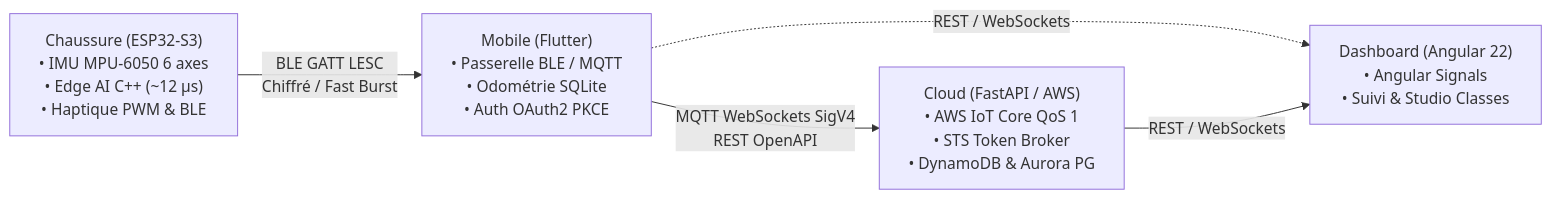
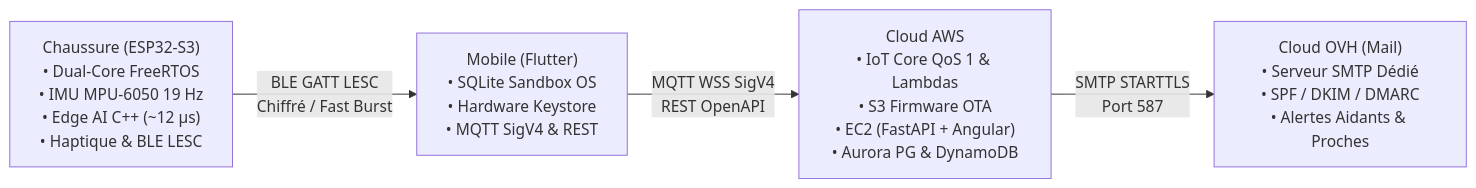
The diagram in docs/presentation/presentation_healthkicks.md (daverck/health-kicks-ecosystem), drawn with Mermaid before and after one commit. The commit also changed other lines of this file and 2 other files, not shown here.

````diff
--- a/docs/presentation/presentation_healthkicks.md
+++ b/docs/presentation/presentation_healthkicks.md
@@ -58,7 +111,6 @@
 ```mermaid
 flowchart LR
-    A["Chaussure (ESP32-S3)<br/>• IMU MPU-6050 6 axes<br/>• Edge AI C++ (~12 µs)<br/>• Haptique PWM & BLE"] -->|BLE GATT LESC<br/>Chiffré / Fast Burst| B["Mobile (Flutter)<br/>• Passerelle BLE / MQTT<br/>• Odométrie SQLite<br/>• Auth OAuth2 PKCE"]
-    B -->|MQTT WebSockets SigV4<br/>REST OpenAPI| C["Cloud (FastAPI / AWS)<br/>• AWS IoT Core QoS 1<br/>• STS Token Broker<br/>• DynamoDB & Aurora PG"]
-    B -.->|REST / WebSockets| D["Dashboard (Angular 22)<br/>• Angular Signals<br/>• Suivi & Studio Classes"]
-    C -->|REST / WebSockets| D
+    A["Chaussure (ESP32-S3)<br/>• Dual-Core FreeRTOS<br/>• IMU MPU-6050 19 Hz<br/>• Edge AI C++ (~12 µs)<br/>• Haptique & BLE LESC"] -->|BLE GATT LESC<br/>Chiffré / Fast Burst| B["Mobile (Flutter)<br/>• SQLite Sandbox OS<br/>• Hardware Keystore<br/>• MQTT SigV4 & REST"]
+    B -->|MQTT WSS SigV4<br/>REST OpenAPI| C["Cloud AWS<br/>• IoT Core QoS 1 & Lambdas<br/>• S3 Firmware OTA<br/>• EC2 (FastAPI + Angular)<br/>• Aurora PG & DynamoDB"]
+    C -->|SMTP STARTTLS<br/>Port 587| D["Cloud OVH (Mail)<br/>• Serveur SMTP Dédié<br/>• SPF / DKIM / DMARC<br/>• Alertes Aidants & Proches"]
 ```
````
